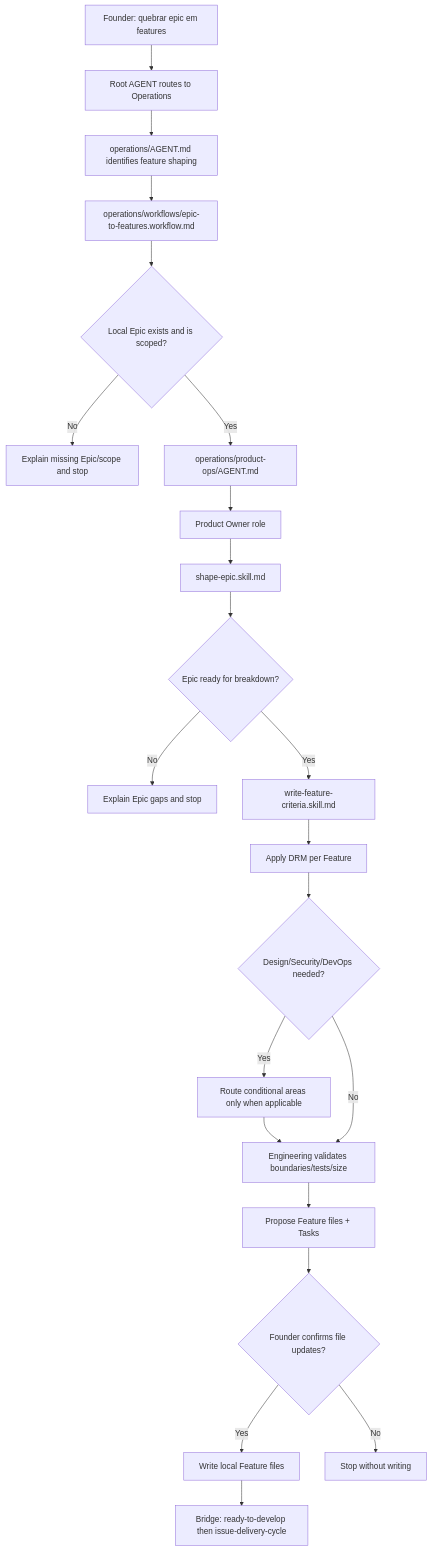
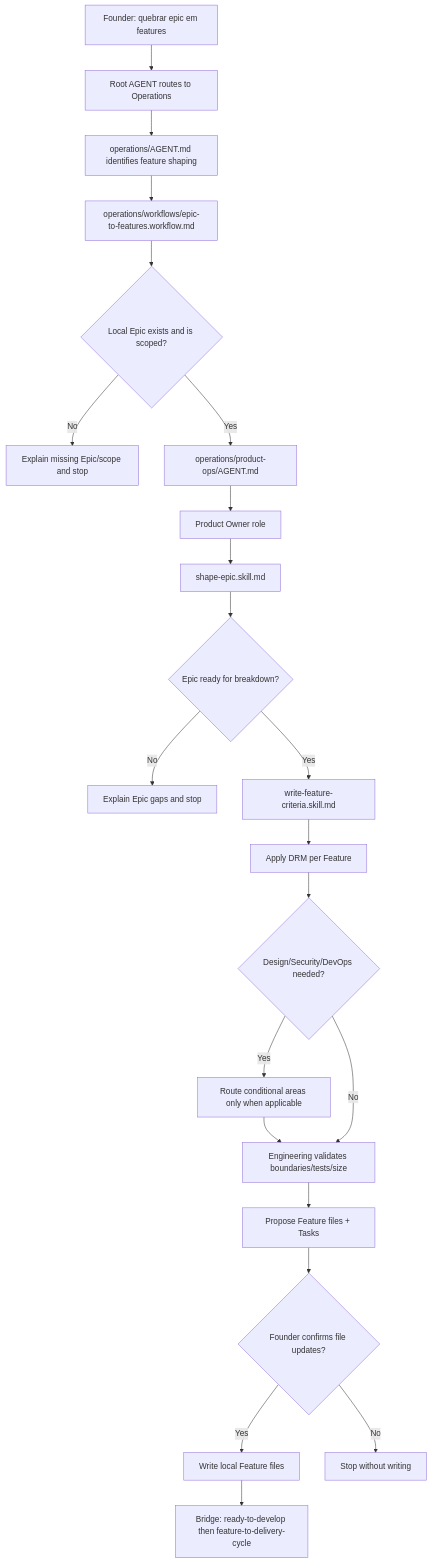
One commit to desousajhonny/leanOS changed the diagram in docs/framework/founder-journeys/epic-to-features.md. Above: the diagram before and after it, drawn with Mermaid. The commit also changed other lines of this file and 24 other files, not shown here.

Commit message:
Add feature delivery journey

````diff
--- a/docs/framework/founder-journeys/epic-to-features.md
+++ b/docs/framework/founder-journeys/epic-to-features.md
@@ -14,35 +14,35 @@
 ```mermaid
 flowchart TD
   A["Founder: quebrar epic em features"]
   B["Root AGENT routes to Operations"]
   C["operations/AGENT.md identifies feature shaping"]
   D["operations/workflows/epic-to-features.workflow.md"]
   E{"Local Epic exists and is scoped?"}
   F["Explain missing Epic/scope and stop"]
   G["operations/product-ops/AGENT.md"]
   H["Product Owner role"]
   I["shape-epic.skill.md"]
   J{"Epic ready for breakdown?"}
   K["Explain Epic gaps and stop"]
   L["write-feature-criteria.skill.md"]
   M["Apply DRM per Feature"]
   N{"Design/Security/DevOps needed?"}
   O["Route conditional areas only when applicable"]
   P["Engineering validates boundaries/tests/size"]
   Q["Propose Feature files + Tasks"]
   R{"Founder confirms file updates?"}
   S["Write local Feature files"]
   T["Stop without writing"]
-  U["Bridge: ready-to-develop then issue-delivery-cycle"]
+  U["Bridge: ready-to-develop then feature-to-delivery-cycle"]
 
   A --> B --> C --> D --> E
   E -->|No| F
   E -->|Yes| G --> H --> I --> J
   J -->|No| K
   J -->|Yes| L --> M --> N
   N -->|Yes| O --> P
   N -->|No| P
   P --> Q --> R
   R -->|Yes| S --> U
   R -->|No| T
 ```
````
